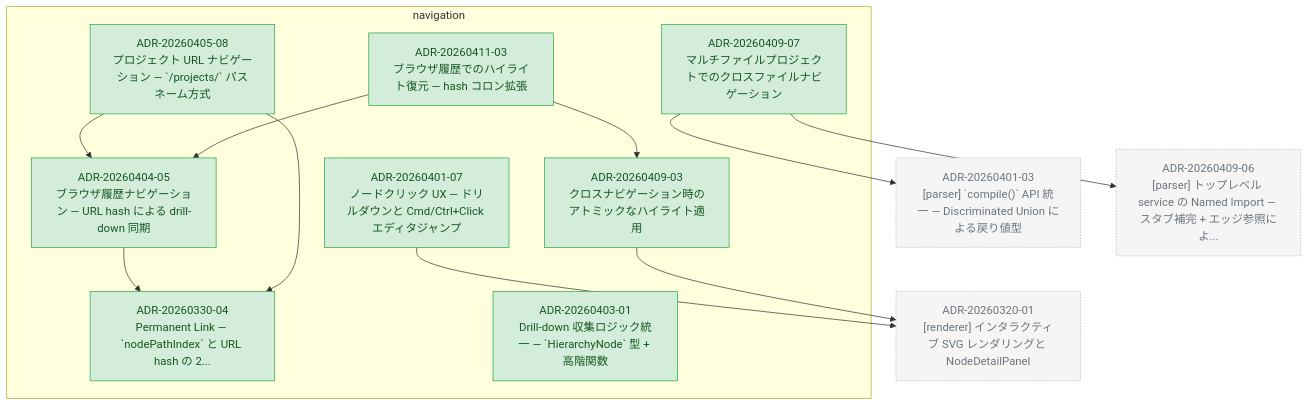
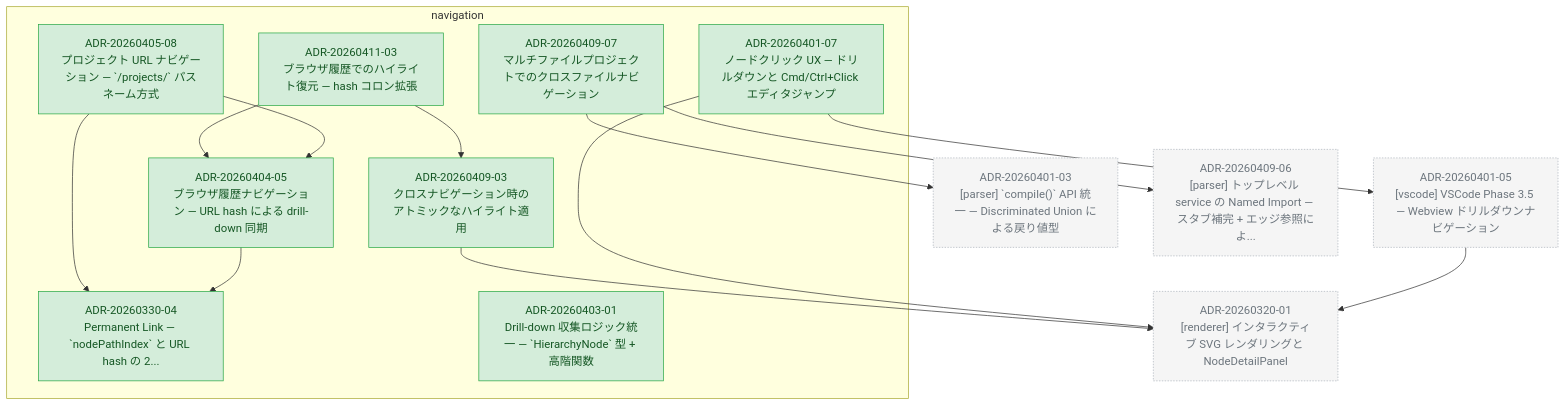
The diagram in docs/adr/graph/navigation.md (kompiro/karasu), drawn with Mermaid before and after one commit. The commit also changed 8 other files, not shown here.

First line of the commit message:
chore(adr): regenerate graphs after merging main

````diff
--- a/docs/adr/graph/navigation.md
+++ b/docs/adr/graph/navigation.md
@@ -6,43 +6,47 @@
 ```mermaid
 flowchart TD
   subgraph navigation["navigation"]
     ADR_20260330_04["ADR-20260330-04<br/>Permanent Link — `nodePathIndex` と URL hash の 2..."]
     ADR_20260401_07["ADR-20260401-07<br/>ノードクリック UX — ドリルダウンと Cmd/Ctrl+Click エディタジャンプ"]
     ADR_20260403_01["ADR-20260403-01<br/>Drill-down 収集ロジック統一 — `HierarchyNode` 型 + 高階関数"]
     ADR_20260404_05["ADR-20260404-05<br/>ブラウザ履歴ナビゲーション — URL hash による drill-down 同期"]
     ADR_20260405_08["ADR-20260405-08<br/>プロジェクト URL ナビゲーション — `/projects/<uuid>` パスネーム方式"]
     ADR_20260409_03["ADR-20260409-03<br/>クロスナビゲーション時のアトミックなハイライト適用"]
     ADR_20260409_07["ADR-20260409-07<br/>マルチファイルプロジェクトでのクロスファイルナビゲーション"]
     ADR_20260411_03["ADR-20260411-03<br/>ブラウザ履歴でのハイライト復元 — hash コロン拡張"]
   end
   ADR_20260320_01["ADR-20260320-01<br/>[renderer] インタラクティブ SVG レンダリングと NodeDetailPanel"]
   ADR_20260401_03["ADR-20260401-03<br/>[parser] `compile()` API 統一 — Discriminated Union による戻り値型"]
+  ADR_20260401_05["ADR-20260401-05<br/>[vscode] VSCode Phase 3.5 — Webview ドリルダウンナビゲーション"]
   ADR_20260409_06["ADR-20260409-06<br/>[parser] トップレベル service の Named Import — スタブ補完 + エッジ参照によ..."]
   ADR_20260401_07 --> ADR_20260320_01
+  ADR_20260401_07 --> ADR_20260401_05
   ADR_20260404_05 --> ADR_20260330_04
   ADR_20260405_08 --> ADR_20260404_05
   ADR_20260405_08 --> ADR_20260330_04
   ADR_20260409_03 --> ADR_20260320_01
   ADR_20260409_07 --> ADR_20260409_06
   ADR_20260409_07 --> ADR_20260401_03
   ADR_20260411_03 --> ADR_20260409_03
   ADR_20260411_03 --> ADR_20260404_05
+  ADR_20260401_05 --> ADR_20260320_01
 
   classDef accepted fill:#d4edda,stroke:#28a745,color:#155724
   classDef proposed fill:#fff3cd,stroke:#ffc107,color:#856404
   classDef deprecated fill:#f8d7da,stroke:#dc3545,color:#721c24
   classDef superseded fill:#e2e3e5,stroke:#6c757d,color:#383d41
   classDef not_adopted fill:#e2e3e5,stroke:#6c757d,color:#383d41,stroke-dasharray:3 3
   classDef ghost fill:#f5f5f5,stroke:#adb5bd,color:#6c757d,stroke-dasharray:2 2
   class ADR_20260330_04 accepted
   class ADR_20260401_07 accepted
   class ADR_20260403_01 accepted
   class ADR_20260404_05 accepted
   class ADR_20260405_08 accepted
   class ADR_20260409_03 accepted
   class ADR_20260409_07 accepted
   class ADR_20260411_03 accepted
   class ADR_20260320_01 ghost
   class ADR_20260401_03 ghost
+  class ADR_20260401_05 ghost
   class ADR_20260409_06 ghost
 ```
````
